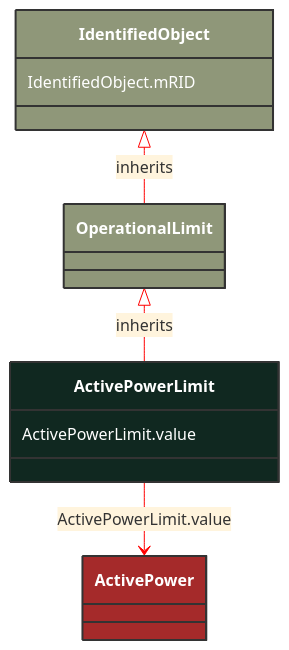
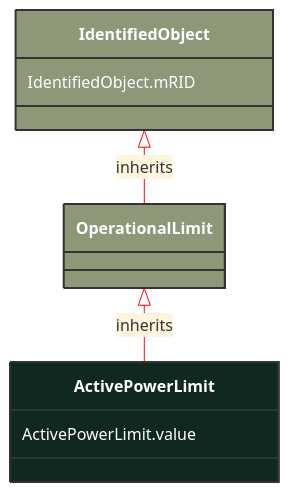
Before and after one commit to 3lbits/NoCIMExtensions: the diagram in docs/Models/Profiles/SteadyStateHypothesis/ConcreteClasses/ActivePowerLimit.md, drawn with Mermaid. The commit also changed 397 other files, not shown here.

First line of the commit message:
Refactor CIM schemas to introduce abstract classes and consolidate data types

````diff
--- a/docs/Models/Profiles/SteadyStateHypothesis/ConcreteClasses/ActivePowerLimit.md
+++ b/docs/Models/Profiles/SteadyStateHypothesis/ConcreteClasses/ActivePowerLimit.md
@@ -8,25 +8,20 @@
 ```mermaid
 %%{init: {'theme':'base','themeVariables': {'lineColor': '#FF0000'}}}%%
 classDiagram
     class ActivePowerLimit
     click ActivePowerLimit href "/Models/Profiles/SteadyStateHypothesis/ConcreteClasses/ActivePowerLimit/"
     style ActivePowerLimit fill:#102820,stroke:#333,stroke-width:2px,rx:10,ry:10,color:white
      
         OperationalLimit <|-- ActivePowerLimit : inherits
             click OperationalLimit href "/Models/Profiles/SteadyStateHypothesis/ConcreteClasses/OperationalLimit/"
             style OperationalLimit fill:#8F9779,stroke:#333,stroke-width:2px,rx:10,ry:10,color:white
      
         IdentifiedObject <|-- OperationalLimit : inherits
             click IdentifiedObject href "/Models/Profiles/SteadyStateHypothesis/ConcreteClasses/IdentifiedObject/"
             style IdentifiedObject fill:#8F9779,stroke:#333,stroke-width:2px,rx:10,ry:10,color:white
 
-        ActivePowerLimit --> ActivePower : ActivePowerLimit.value
-
-        ActivePower
-            click ActivePower href "/Models/Profiles/SteadyStateHypothesis/ConcreteClasses/ActivePower/"
-            style ActivePower fill:#A52A2A,stroke:#333,stroke-width:2px,rx:10,ry:10,color:white
 
 
         ActivePowerLimit : ActivePowerLimit.value
         IdentifiedObject : IdentifiedObject.mRID
 ```
````
